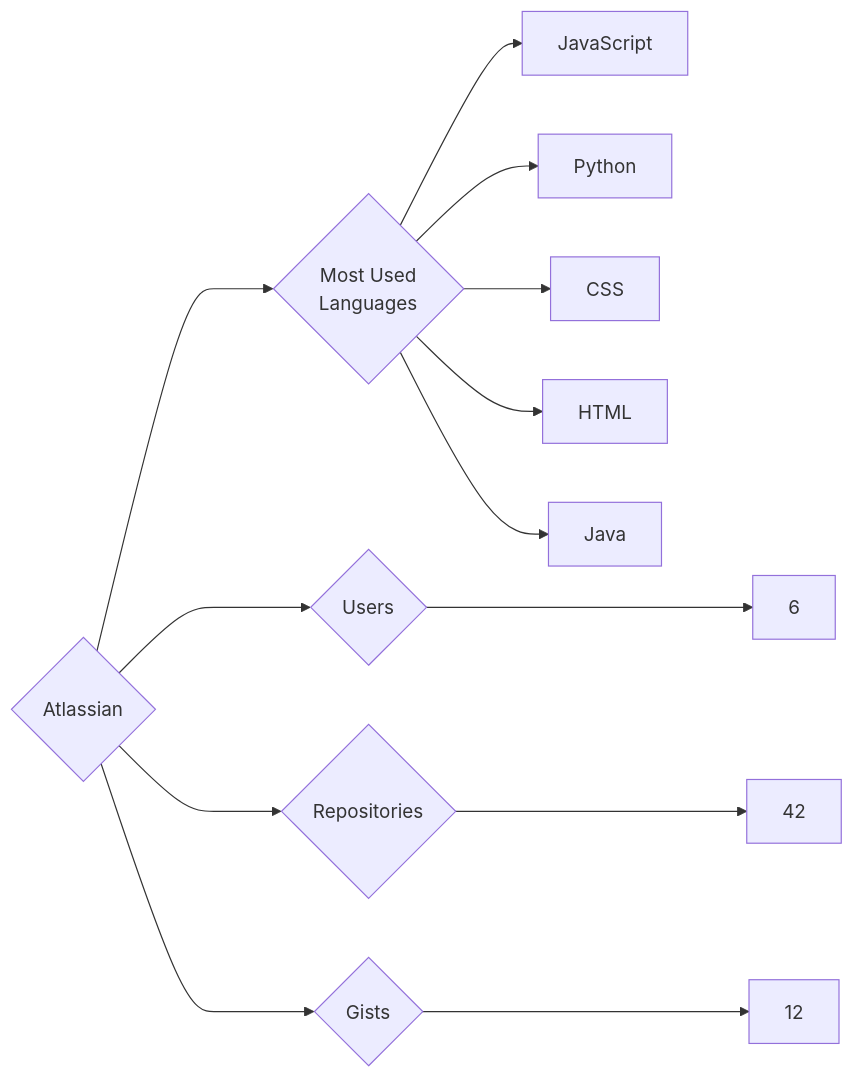
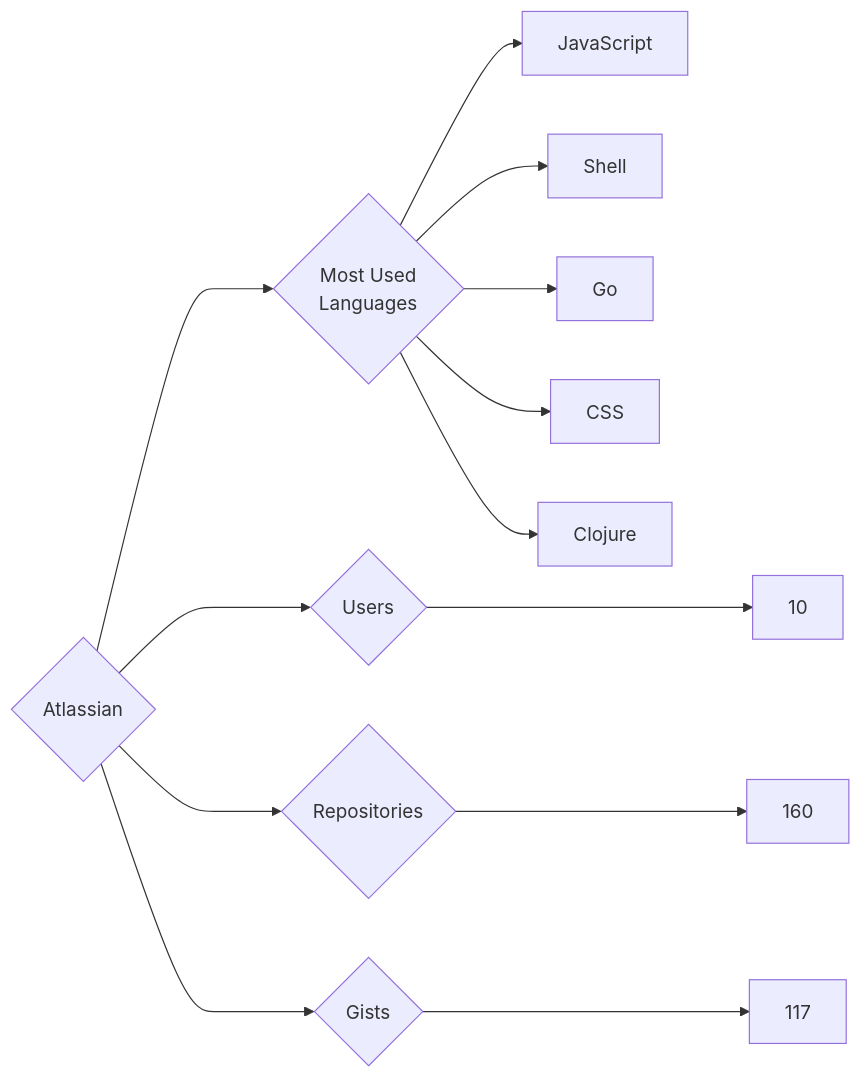
One commit to trickest/insiders changed the diagram in targets/Atlassian/README.md. Above: the diagram before and after it, drawn with Mermaid. The commit also changed 1055 other files, not shown here.

````diff
--- a/targets/Atlassian/README.md
+++ b/targets/Atlassian/README.md
@@ -3,13 +3,13 @@
 ```mermaid
 graph LR
 COMPANY_NAME{Atlassian}
-COMPANY_NAME ---> U{Users} ---> UN[6]
-COMPANY_NAME ---> R{Repositories} ---> RN[42]
-COMPANY_NAME ---> G{Gists} ---> GN[12]
+COMPANY_NAME ---> U{Users} ---> UN[10]
+COMPANY_NAME ---> R{Repositories} ---> RN[160]
+COMPANY_NAME ---> G{Gists} ---> GN[117]
 COMPANY_NAME ---> ML{Most Used<br>Languages}
 ML --> JavaScript[JavaScript]
-ML --> Python[Python]
+ML --> Shell[Shell]
+ML --> Go[Go]
 ML --> CSS[CSS]
-ML --> HTML[HTML]
-ML --> Java[Java]
+ML --> Clojure[Clojure]
 ```
````
